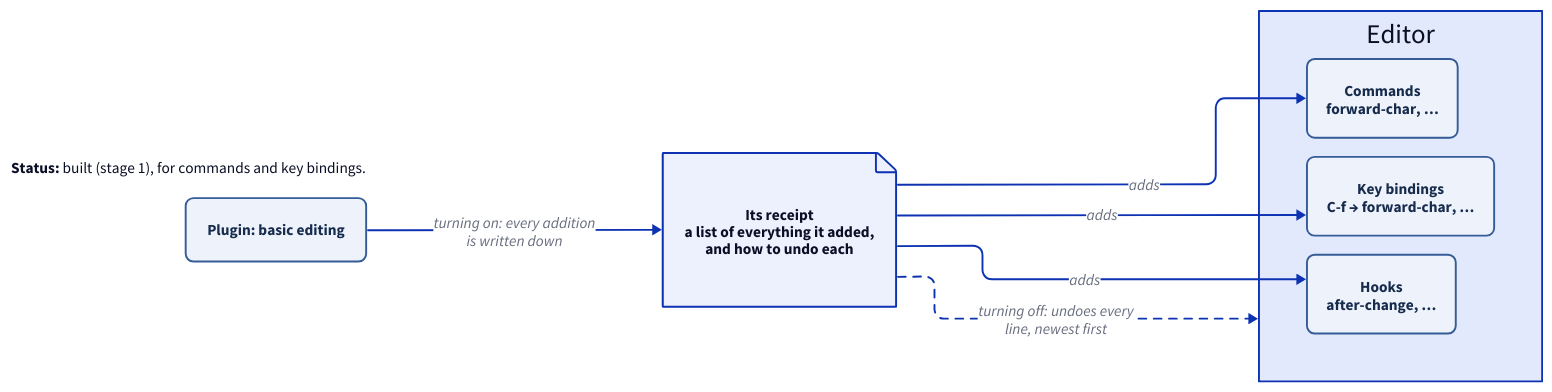
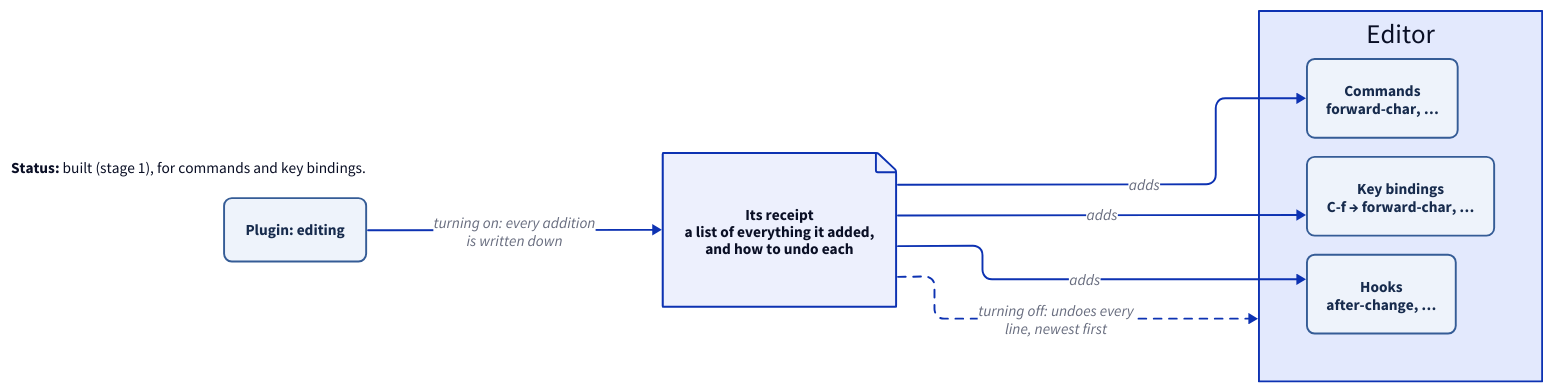
One commit to jaybonthius/tuna changed the diagram in docs/diagrams/plugins.d2. Above: the diagram before and after it, drawn with D2. The commit also changed 11 other files, not shown here.

```diff
--- a/docs/diagrams/plugins.d2
+++ b/docs/diagrams/plugins.d2
@@ -1,40 +1,40 @@
 # How does a plugin add things, and how does turning it off remove them?
 vars: {
   d2-config: {
     layout-engine: elk
     theme-id: 0
   }
 }
 direction: right
 
 classes: {
   part: {
     style: {
       fill: "#eef3fb"
       stroke: "#355c96"
       font-color: "#172b4d"
       border-radius: 8
     }
   }
 }
 
 legend: |md
   **Status:** built (stage 1), for commands and key bindings.
 |
 
-plugin: Plugin: basic editing {class: part}
+plugin: Plugin: editing {class: part}
 receipt: Its receipt\na list of everything it added,\nand how to undo each {shape: page}
 
 editor: Editor {
   commands: Commands\nforward-char, … {class: part}
   keys: Key bindings\nC-f → forward-char, … {class: part}
   hooks: Hooks\nafter-change, … {class: part}
 }
 
 plugin -> receipt: turning on: every addition\nis written down
 receipt -> editor.commands: adds
 receipt -> editor.keys: adds
 receipt -> editor.hooks: adds
 receipt -> editor: turning off: undoes every\nline, newest first {
   style.stroke-dash: 4
 }
```
